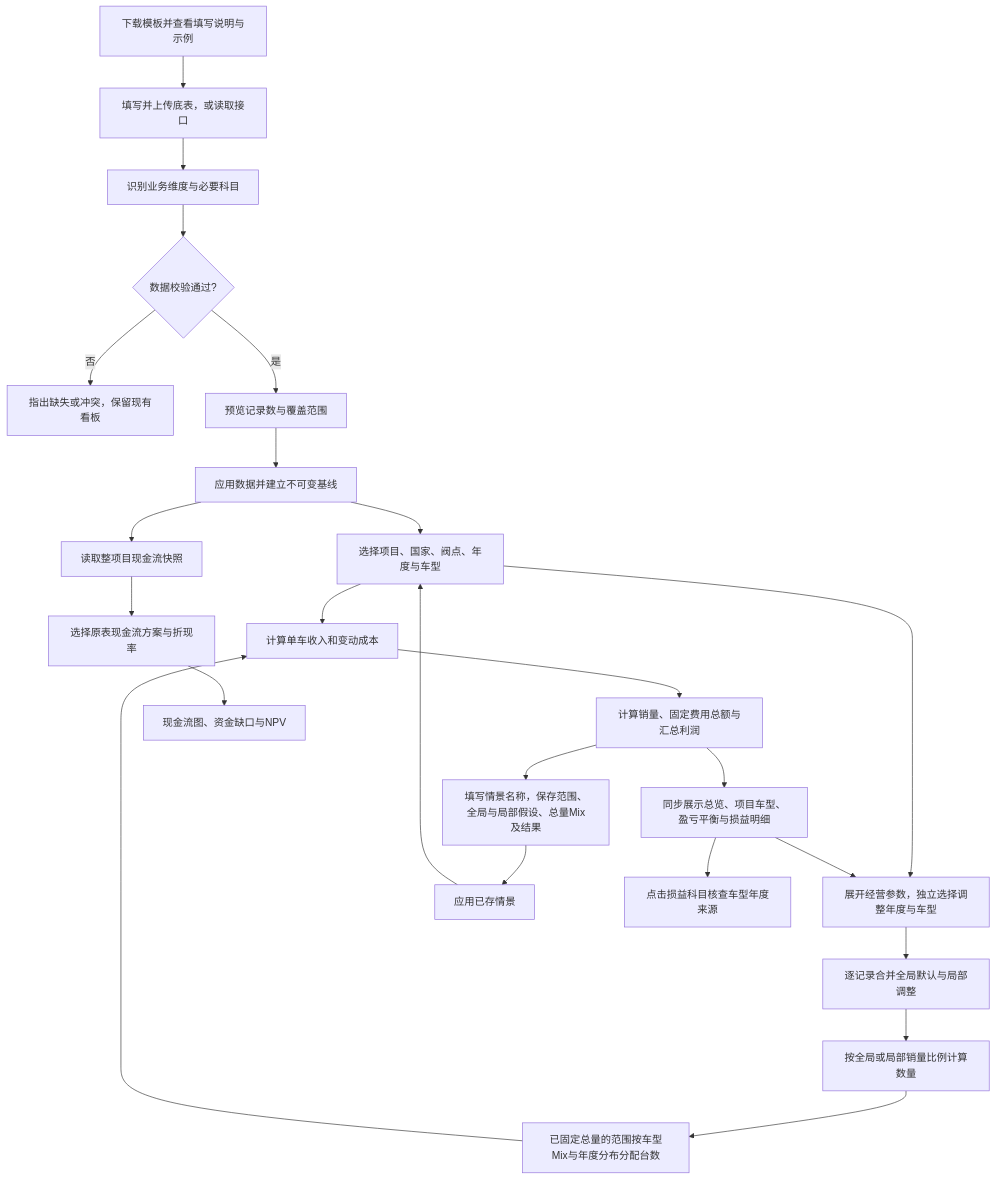
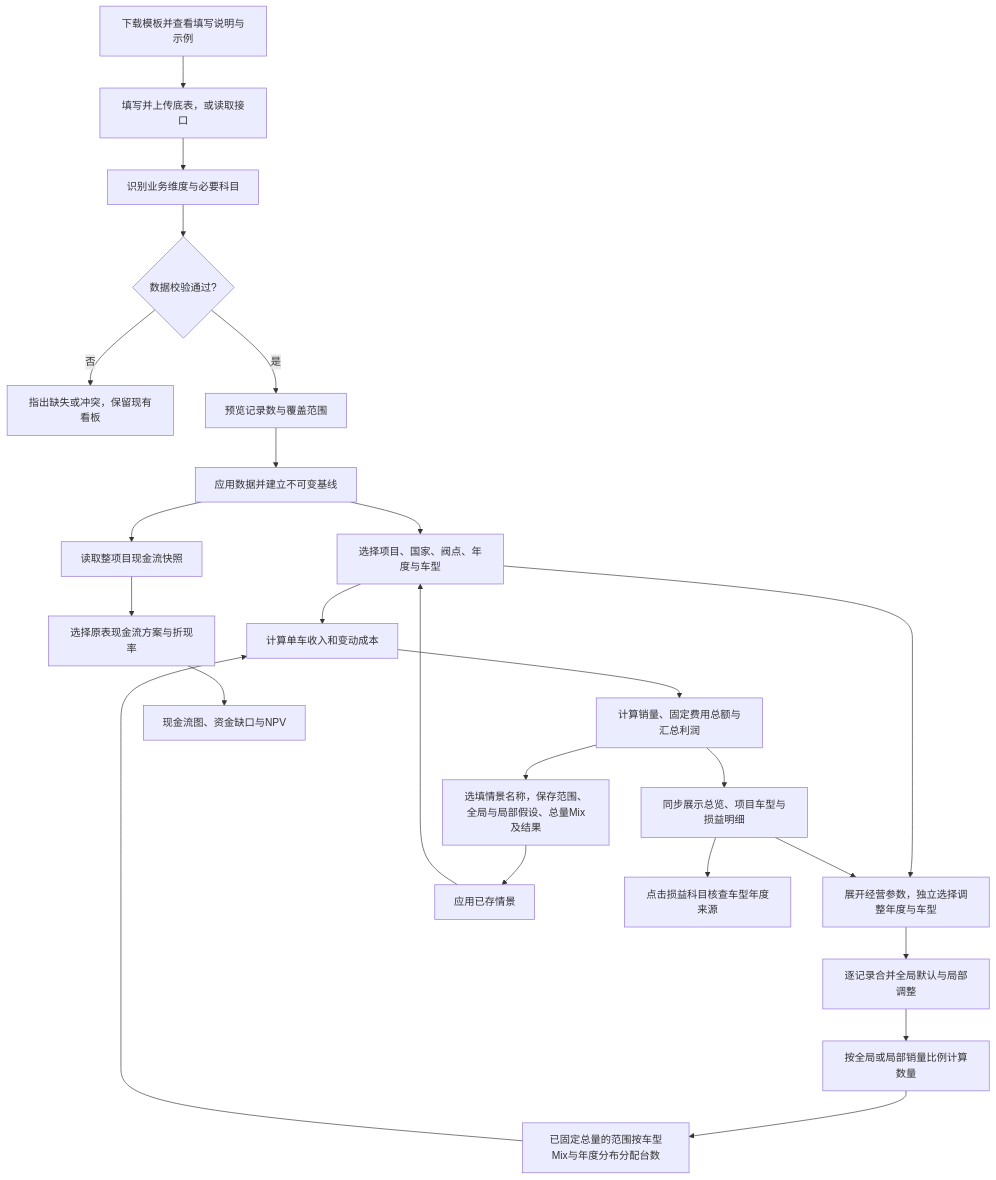
One commit to yinpengtao2002-ai/yinpengtao2002-ai.github.io changed the diagram in public/checkmi/业务逻辑说明.md. Above: the diagram before and after it, drawn with Mermaid. The commit also changed other lines of this file and 9 other files, not shown here.

````diff
--- a/public/checkmi/业务逻辑说明.md
+++ b/public/checkmi/业务逻辑说明.md
@@ -43,26 +43,26 @@
 ```mermaid
 flowchart TD
  A0[下载模板并查看填写说明与示例] --> A[填写并上传底表，或读取接口]
  A --> B[识别业务维度与必要科目]
  B --> C{数据校验通过?}
  C -- 否 --> D[指出缺失或冲突，保留现有看板]
  C -- 是 --> E[预览记录数与覆盖范围]
  E --> F[应用数据并建立不可变基线]
  F --> G[选择项目、国家、阀点、年度与车型]
  G --> H
  G --> K[展开经营参数，独立选择调整年度与车型]
  K --> K2[逐记录合并全局默认与局部调整]
  K2 --> K3[按全局或局部销量比例计算数量]
  K3 --> K4[已固定总量的范围按车型Mix与年度分布分配台数]
  K4 --> H[计算单车收入和变动成本]
  H --> I[计算销量、固定费用总额与汇总利润]
- I --> J[同步展示总览、项目车型、盈亏平衡与损益明细]
+ I --> J[同步展示总览、项目车型与损益明细]
  J --> K
- I --> L[填写情景名称，保存范围、全局与局部假设、总量Mix及结果]
+ I --> L[选填情景名称，保存范围、全局与局部假设、总量Mix及结果]
  L --> P[应用已存情景]
  P --> G
  J --> Q[点击损益科目核查车型年度来源]
  F --> M[读取整项目现金流快照]
  M --> N[选择原表现金流方案与折现率]
  N --> O[现金流图、资金缺口与NPV]
 ```
````
